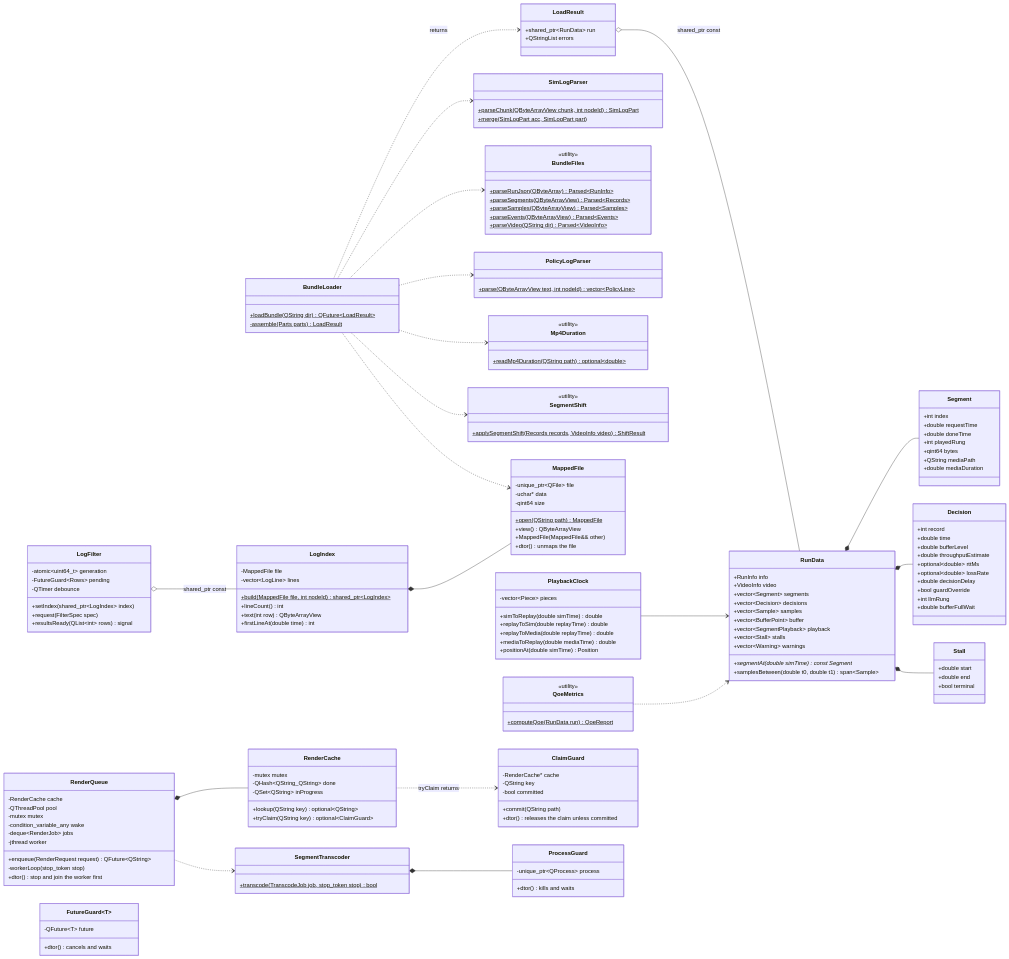
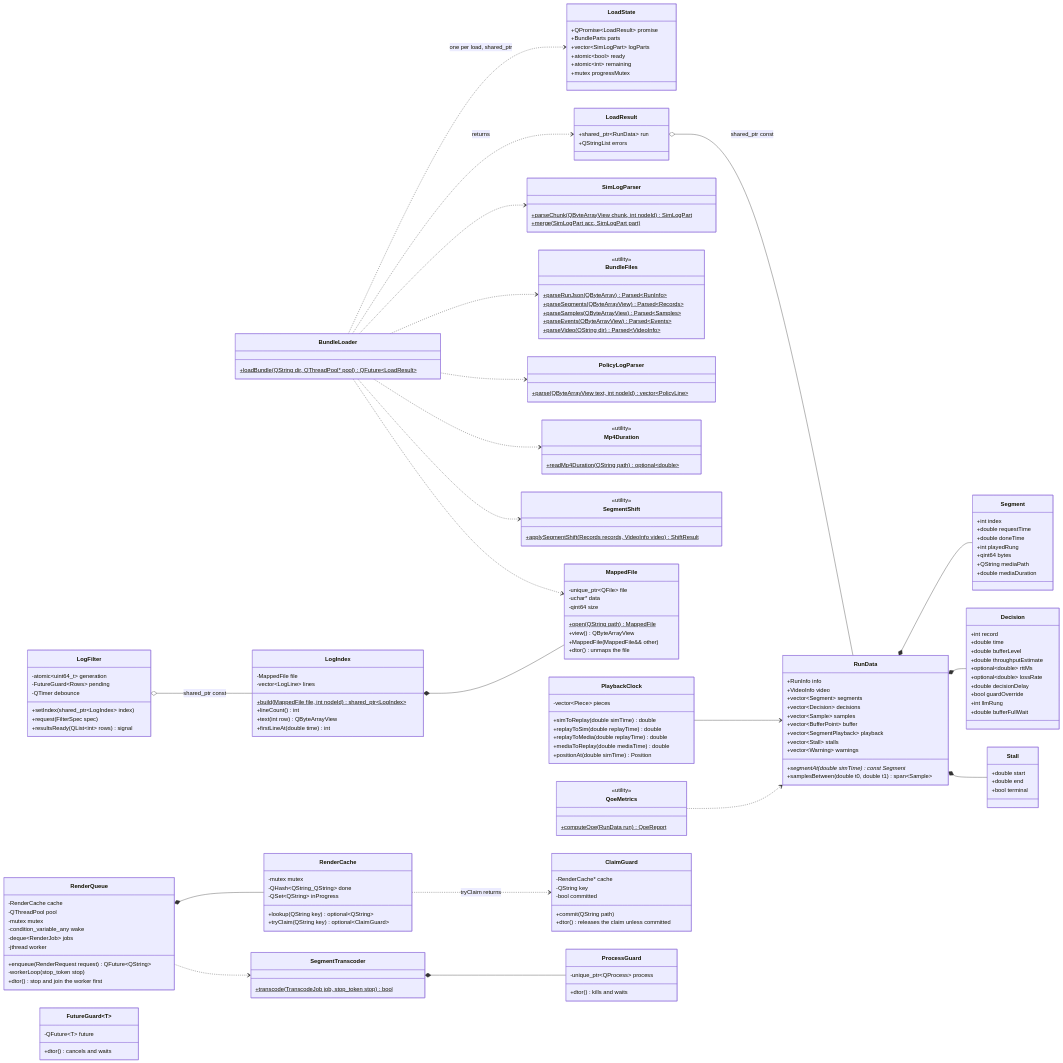
Before and after one commit to muhammadadeelzahid/replay-lab: the first of 4 diagrams in docs/diagrams.md, drawn with Mermaid. The commit also changed other lines of this file and 11 other files, not shown here.

First line of the commit message:
Step 2: parallel bundle loader and FutureGuard

```diff
--- a/docs/diagrams.md
+++ b/docs/diagrams.md
@@ -63,9 +63,17 @@
   RunData *-- Stall
 
   class BundleLoader {
-    +loadBundle(QString dir)$ QFuture~LoadResult~
-    -assemble(Parts parts)$ LoadResult
+    +loadBundle(QString dir, QThreadPool* pool)$ QFuture~LoadResult~
   }
+  class LoadState {
+    +QPromise~LoadResult~ promise
+    +BundleParts parts
+    +vector~SimLogPart~ logParts
+    +atomic~bool~ ready
+    +atomic~int~ remaining
+    +mutex progressMutex
+  }
+  BundleLoader ..> LoadState : one per load, shared_ptr
   class LoadResult {
     +shared_ptr~RunData~ run
     +QStringList errors
```
